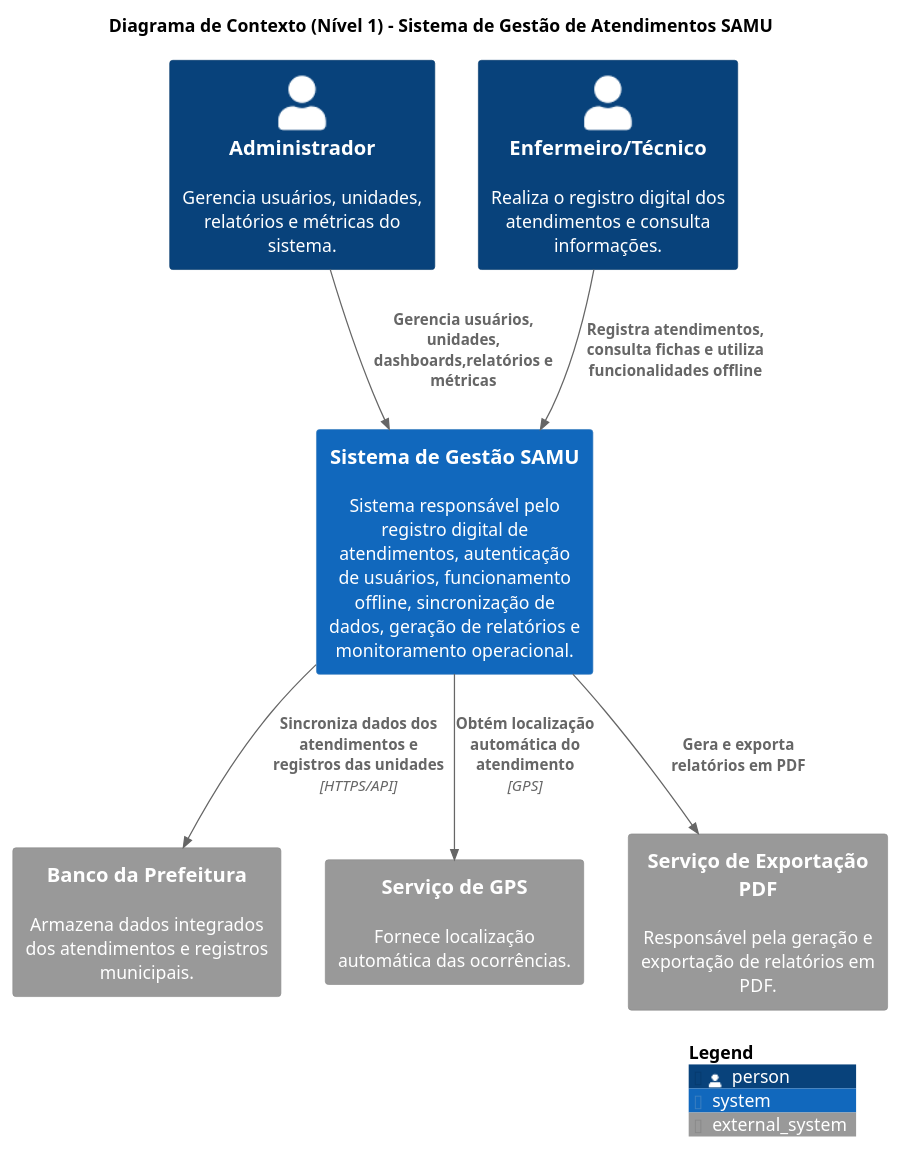
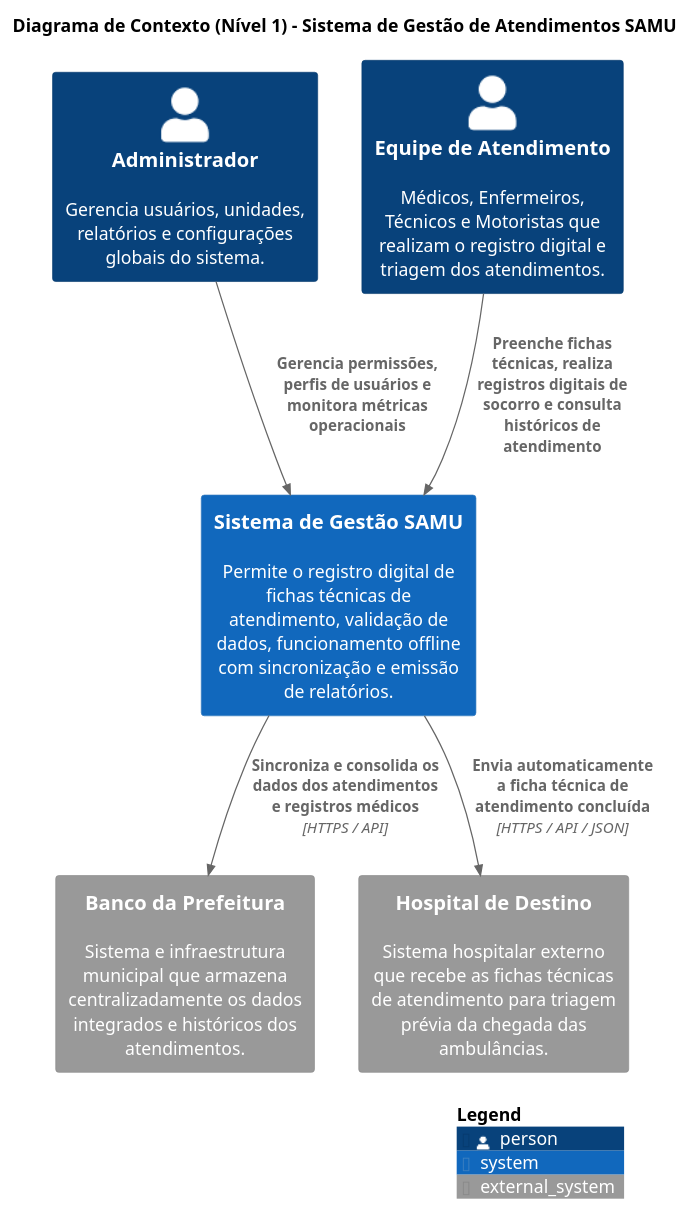
One commit to Madu3304/Software_brava changed the diagram in ModeloC4/nivel1 (1).puml. Above: the diagram before and after it, drawn with PlantUML. The commit also changed other lines of this file and 3 other files, not shown here.

```diff
--- a/ModeloC4/nivel1 (1).puml
+++ b/ModeloC4/nivel1 (1).puml
@@ -1,48 +1,46 @@
 @startuml c4_contexto_nivel1
 
-!include  https://raw.githubusercontent.com/RicardoNiepel/C4-PlantUML/master/C4_Context.puml
-
-'LAYOUT_WITH_LEGEND()
+!include https://raw.githubusercontent.com/RicardoNiepel/C4-PlantUML/master/C4_Context.puml
 
 title Diagrama de Contexto (Nível 1) - Sistema de Gestão de Atendimentos SAMU
 
 ' =========================
-' Pessoas
+' Pessoas (Usuários do Sistema)
 ' =========================
 
-Person(admin, "Administrador", "Gerencia usuários, unidades, relatórios e métricas do sistema.")
+Person(admin, "Administrador", "Gerencia usuários, unidades, relatórios e configurações globais do sistema.")
 
-Person(enfermeiro, "Enfermeiro/Técnico", "Realiza o registro digital dos atendimentos e consulta informações.")
-
-System(sistema_samu, "Sistema de Gestão SAMU","Sistema responsável pelo registro digital de atendimentos, autenticação de usuários, funcionamento offline, sincronização de dados, geração de relatórios e monitoramento operacional.")
+Person(equipe_samu, "Equipe de Atendimento", "Médicos, Enfermeiros, Técnicos e Motoristas que realizam o registro digital e triagem dos atendimentos.")
 
 ' =========================
-' Sistemas Externos
+' Sistema Principal (Caixa Única)
 ' =========================
 
-System_Ext(prefeitura, "Banco da Prefeitura","Armazena dados integrados dos atendimentos e registros municipais.")
+System(sistema_samu, "Sistema de Gestão SAMU", "Permite o registro digital de fichas técnicas de atendimento, validação de dados, funcionamento offline com sincronização e emissão de relatórios.")
 
-System_Ext(gps, "Serviço de GPS", "Fornece localização automática das ocorrências.")
+' =========================
+' Sistemas Externos (Integrações)
+' =========================
 
-System_Ext(pdf, "Serviço de Exportação PDF","Responsável pela geração e exportação de relatórios em PDF.")
+System_Ext(prefeitura, "Banco da Prefeitura", "Sistema e infraestrutura municipal que armazena centralizadamente os dados integrados e históricos dos atendimentos.")
+
+System_Ext(hospital, "Hospital de Destino", "Sistema hospitalar externo que recebe as fichas técnicas de atendimento para triagem prévia da chegada das ambulâncias.")
 
 ' =========================
 ' Relacionamentos
 ' =========================
 
-Rel(admin, sistema_samu, "Gerencia usuários, unidades, dashboards,relatórios e métricas")
+Rel(admin, sistema_samu, "Gerencia permissões, perfis de usuários e monitora métricas operacionais")
 
-Rel(enfermeiro, sistema_samu, "Registra atendimentos, consulta fichas e utiliza funcionalidades offline") 
+Rel(equipe_samu, sistema_samu, "Preenche fichas técnicas, realiza registros digitais de socorro e consulta históricos de atendimento") 
 
-Rel(sistema_samu, prefeitura, "Sincroniza dados dos atendimentos e registros das unidades", "HTTPS/API")
+Rel(sistema_samu, prefeitura, "Sincroniza e consolida os dados dos atendimentos e registros médicos", "HTTPS / API")
 
-Rel(sistema_samu, gps, "Obtém localização automática do atendimento","GPS")
-
-Rel(sistema_samu, pdf, "Gera e exporta relatórios em PDF")
+Rel(sistema_samu, hospital, "Envia automaticamente a ficha técnica de atendimento concluída", "HTTPS / API / JSON")
 
 ' =========================
-' Legenda Complementar
+' Configuração de Legenda
 ' =========================
 
 SHOW_LEGEND()
 @enduml
```
